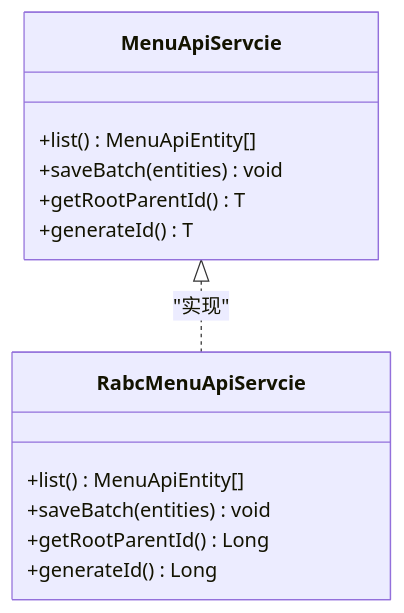
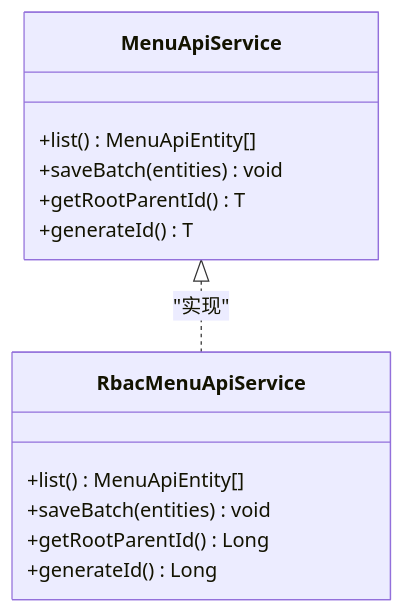
The seventh of 10 diagrams in .qoder/repowiki/zh/content/权限系统 (qy-auth)/权限核心 (auth-core)/菜单权限控制 (MenuPermissionControl).md (LiukewenSC/kewen-framework), drawn with Mermaid before and after one commit. The commit also changed other lines of this file and 764 other files, not shown here.

````diff
--- a/.qoder/repowiki/zh/content/权限系统 (qy-auth)/权限核心 (auth-core)/菜单权限控制 (MenuPermissionControl).md
+++ b/.qoder/repowiki/zh/content/权限系统 (qy-auth)/权限核心 (auth-core)/菜单权限控制 (MenuPermissionControl).md
@@ -326,16 +326,16 @@
 ```mermaid
 classDiagram
-class MenuApiServcie {
+class MenuApiService {
 +list() MenuApiEntity[]
 +saveBatch(entities) void
 +getRootParentId() T
 +generateId() T
 }
-class RabcMenuApiServcie {
+class RbacMenuApiService {
 +list() MenuApiEntity[]
 +saveBatch(entities) void
 +getRootParentId() Long
 +generateId() Long
 }
-MenuApiServcie <|.. RabcMenuApiServcie : "实现"
+MenuApiService <|.. RbacMenuApiService : "实现"
 ```
````
